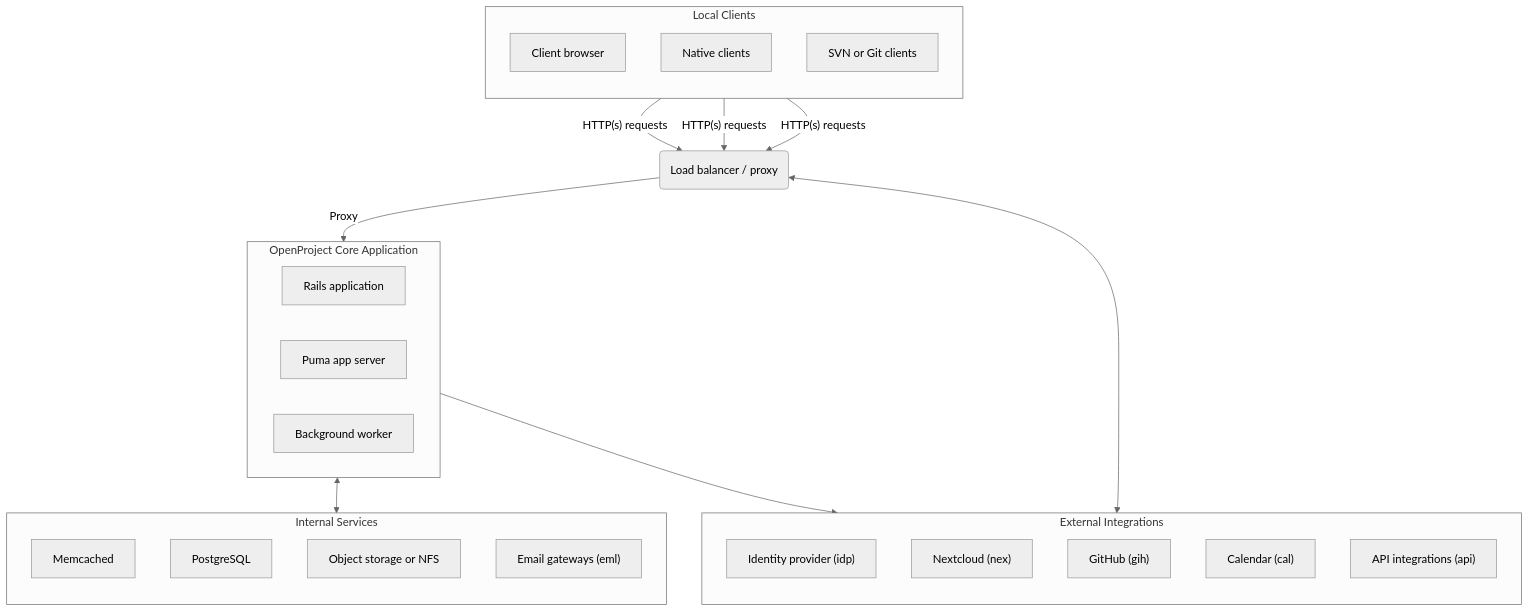
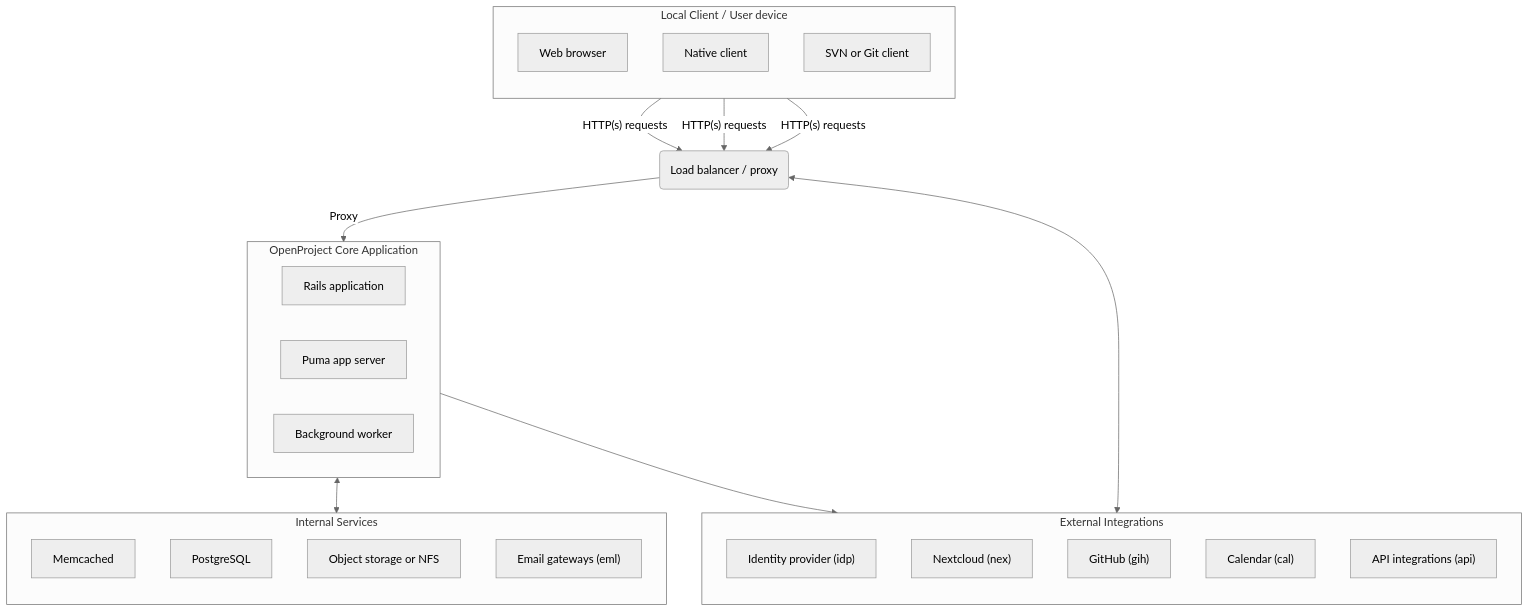
One commit to opf/openproject changed the first of 7 diagrams in docs/development/data-flow/README.md. Above: the diagram before and after it, drawn with Mermaid. The commit also changed other lines of this file, not shown here.

````diff
--- a/docs/development/data-flow/README.md
+++ b/docs/development/data-flow/README.md
@@ -200,54 +200,54 @@
 ```mermaid
 %%{init: {'theme':'neutral'}}%%
 
 flowchart TD
-  browser[Client browser] -->|"HTTP(s) requests"| loadbalancer(Load balancer / proxy)
-  A1[Native clients] -->|"HTTP(s) requests"| loadbalancer
-  A2[SVN or Git clients] -->|"HTTP(s) requests"| loadbalancer
+  browser[Web browser] -->|"HTTP(s) requests"| loadbalancer(Load balancer / proxy)
+  A1[Native client] -->|"HTTP(s) requests"| loadbalancer
+  A2[SVN or Git client] -->|"HTTP(s) requests"| loadbalancer
   loadbalancer -->|Proxy| openproject
   
   subgraph openproject[OpenProject Core Application]
     openprojectrailsapp[Rails application]
     C[Puma app server]
     D[Background worker]
   end
 
 
   subgraph integrations[External Integrations]
   direction TB
     idp["Identity provider (idp)"]
     nex["Nextcloud (nex)"]
     gih["GitHub (gih)"]
     cal["Calendar (cal)"]
   	O["API integrations (api)"]
  
 end
 
   subgraph services[Internal Services]
   direction TB
   	M[Memcached]
 	  P[PostgreSQL]
 	  S[Object storage or NFS]
 	  email["Email gateways (eml)"]
   end
 
 
   openproject <--> services
   openproject --> integrations
   loadbalancer <--> integrations
   
-  subgraph localclients[Local Clients]
+  subgraph localclients[Local Client / User device]
   direction TB
 	browser
 	A1
 	A2
 	
 	
 	
 	
 end
 
   
   
 
 ```
````
